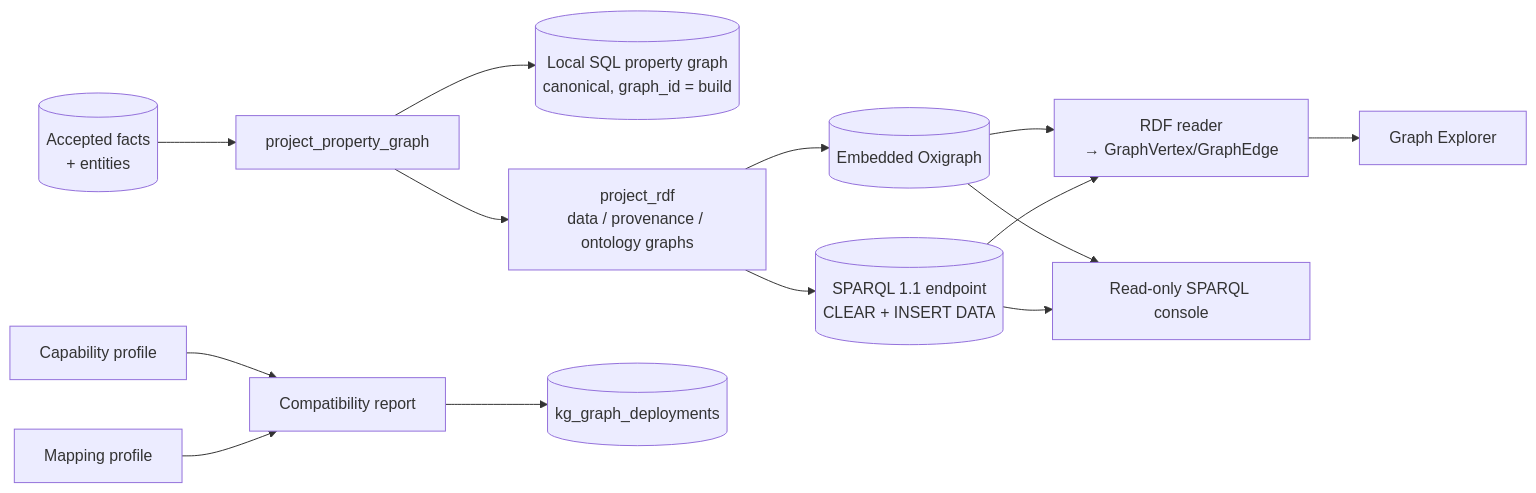
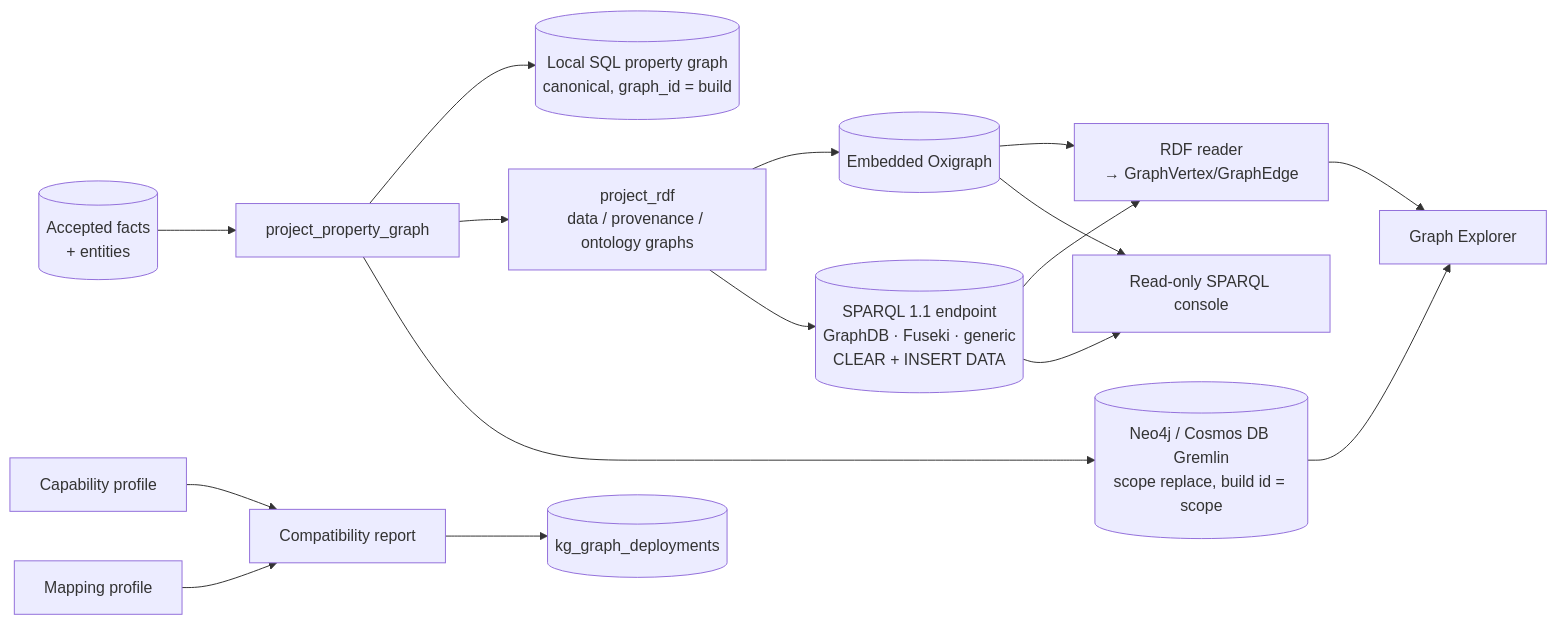
The fifth of 6 diagrams in docs/ARCHITECTURE.md (ShriMLEngineer/ontology-studio), drawn with Mermaid before and after one commit. The commit also changed other lines of this file and 46 other files, not shown here.

````diff
--- a/docs/ARCHITECTURE.md
+++ b/docs/ARCHITECTURE.md
@@ -326,11 +329,13 @@
 ```mermaid
 flowchart LR
   facts[(Accepted facts<br/>+ entities)] --> pg[project_property_graph]
   pg --> sql[(Local SQL property graph<br/>canonical, graph_id = build)]
   pg --> rdf[project_rdf<br/>data / provenance / ontology graphs]
   rdf --> ox[(Embedded Oxigraph)]
-  rdf --> sp[(SPARQL 1.1 endpoint<br/>CLEAR + INSERT DATA)]
+  rdf --> sp[(SPARQL 1.1 endpoint<br/>GraphDB · Fuseki · generic<br/>CLEAR + INSERT DATA)]
+  pg --> ext[(Neo4j / Cosmos DB Gremlin<br/>scope replace, build id = scope)]
   ox & sp --> rb[RDF reader<br/>→ GraphVertex/GraphEdge] --> ex[Graph Explorer]
+  ext --> ex
   ox & sp --> q[Read-only SPARQL console]
   cap[Capability profile] & mp[Mapping profile] --> cr[Compatibility report] --> dep[(kg_graph_deployments)]
 ```
````
